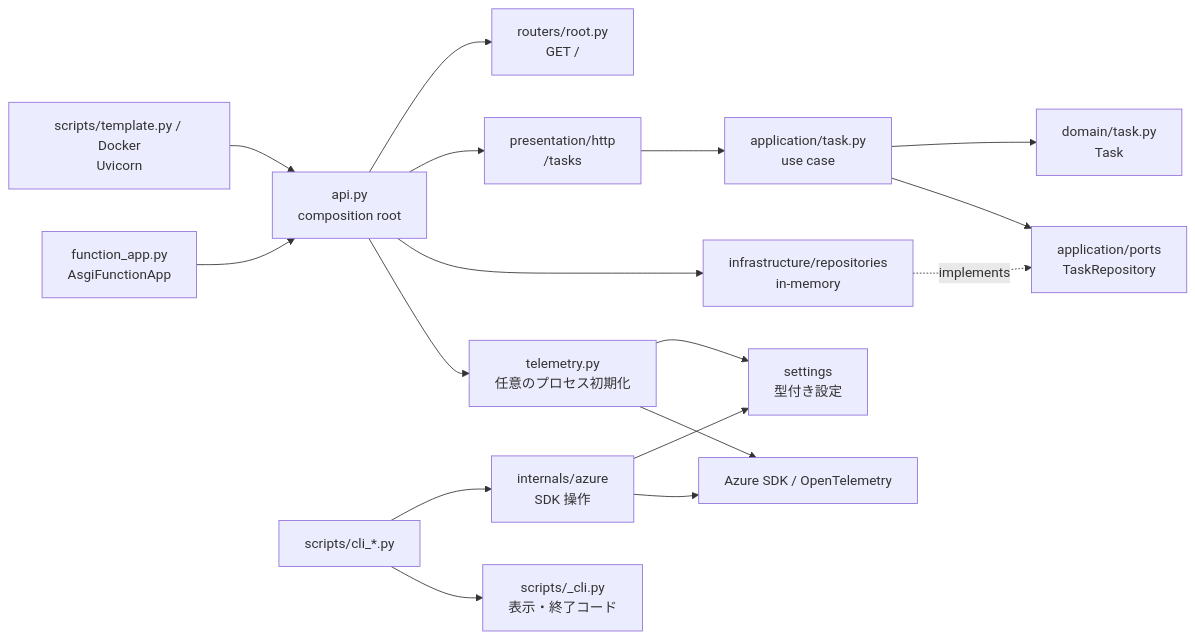
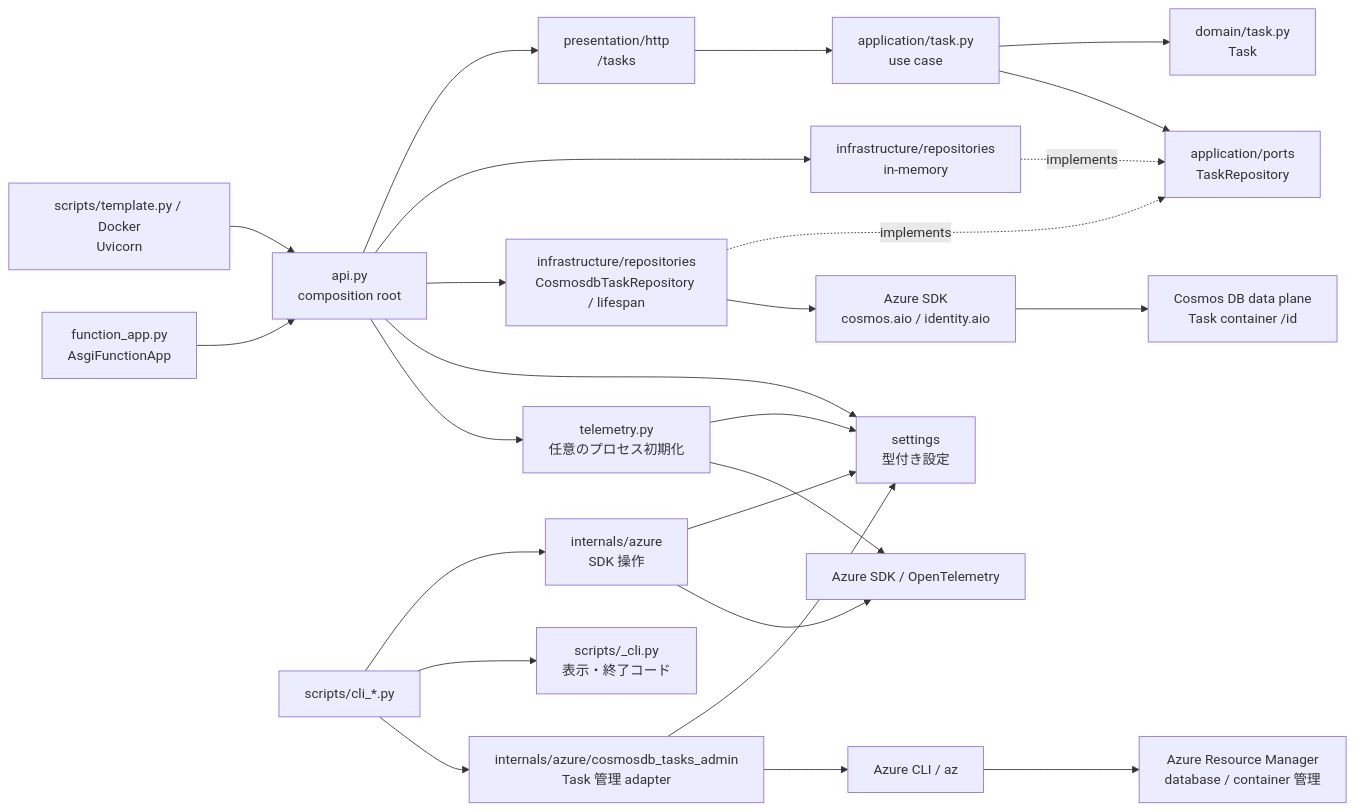
Before and after one commit to ks6088ts-labs/template-azure-python: the diagram in docs/architecture/index.ja.md, drawn with Mermaid. The commit also changed other lines of this file and 39 other files, not shown here.

First line of the commit message:
feat: Refactor task management to support multiple repository backends

````diff
--- a/docs/architecture/index.ja.md
+++ b/docs/architecture/index.ja.md
@@ -30,19 +31,27 @@
 ```mermaid
 flowchart LR
     launcher["scripts/template.py / Docker<br/>Uvicorn"] --> api["api.py<br/>composition root"]
     functions["function_app.py<br/>AsgiFunctionApp"] --> api
-    api --> root["routers/root.py<br/>GET /"]
     api --> http["presentation/http<br/>/tasks"]
     http --> usecases["application/task.py<br/>use case"]
     usecases --> domain["domain/task.py<br/>Task"]
     usecases --> port["application/ports<br/>TaskRepository"]
     api --> memory["infrastructure/repositories<br/>in-memory"]
     memory -. implements .-> port
+    api --> cosmos["infrastructure/repositories<br/>CosmosdbTaskRepository / lifespan"]
+    cosmos -. implements .-> port
+    cosmos --> cosmossdk["Azure SDK<br/>cosmos.aio / identity.aio"]
+    cosmossdk --> data["Cosmos DB data plane<br/>Task container /id"]
+    api --> settings
     api --> telemetry["telemetry.py<br/>任意のプロセス初期化"]
     cli["scripts/cli_*.py"] --> operations["internals/azure<br/>SDK 操作"]
     cli --> output["scripts/_cli.py<br/>表示・終了コード"]
     operations --> settings["settings<br/>型付き設定"]
     operations --> sdk["Azure SDK / OpenTelemetry"]
+    cli --> admin["internals/azure/cosmosdb_tasks_admin<br/>Task 管理 adapter"]
+    admin --> settings
+    admin --> az["Azure CLI / az"]
+    az --> arm["Azure Resource Manager<br/>database / container 管理"]
     telemetry --> settings
     telemetry --> sdk
 ```
````
